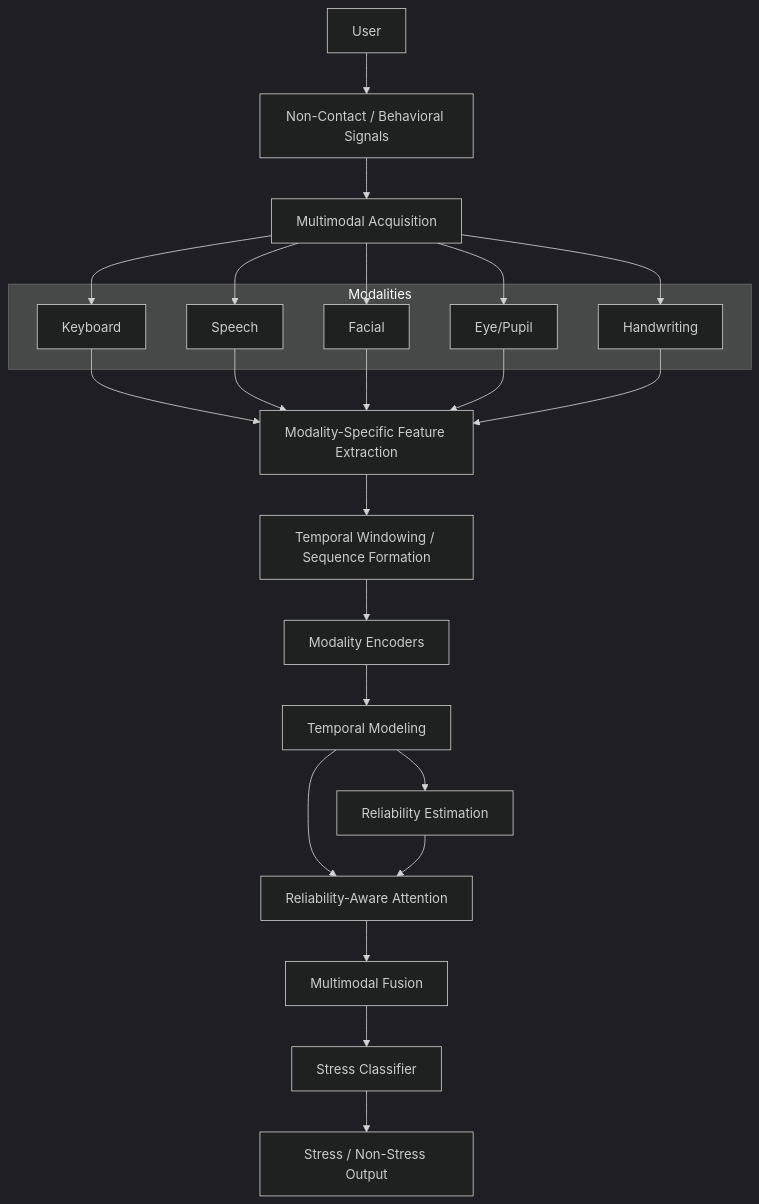
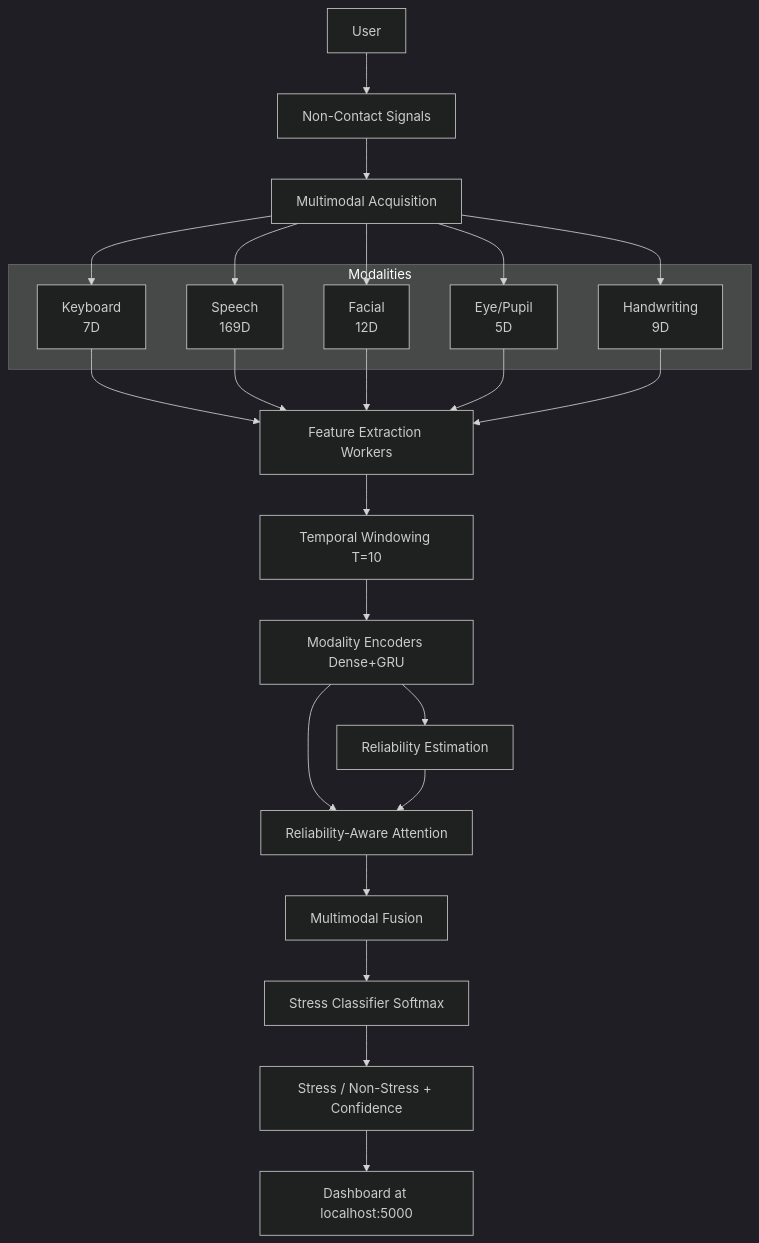
Before and after one commit to Abilash77/Scalable-Non-Contact-Stress: the first of 2 diagrams in README.md, drawn with Mermaid (dark theme). The commit also changed other lines of this file and 9 other files, not shown here.

First line of the commit message:
Add detailed project handoff and architecture documentation

````diff
--- a/README.md
+++ b/README.md
@@ -25,35 +11,26 @@
 ```mermaid
 flowchart TD
-    U[User] --> S[Non-Contact / Behavioral Signals]
+    U[User] --> S[Non-Contact Signals]
     S --> MA[Multimodal Acquisition]
-    
+
     subgraph Modalities
-        K[Keyboard]
-        SP[Speech]
-        F[Facial]
-        E[Eye/Pupil]
-        H[Handwriting]
+        K[Keyboard<br/>7D]
+        SP[Speech<br/>169D]
+        F[Facial<br/>12D]
+        E[Eye/Pupil<br/>5D]
+        H[Handwriting<br/>9D]
     end
-    
-    MA --> K
-    MA --> SP
-    MA --> F
-    MA --> E
-    MA --> H
-    
-    K --> FE[Modality-Specific Feature Extraction]
-    SP --> FE
-    F --> FE
-    E --> FE
-    H --> FE
-    
-    FE --> TW[Temporal Windowing / Sequence Formation]
-    TW --> ME[Modality Encoders]
-    ME --> TM[Temporal Modeling]
-    TM --> RE[Reliability Estimation]
-    TM --> RAA[Reliability-Aware Attention]
+
+    MA --> K & SP & F & E & H
+
+    K & SP & F & E & H --> FE[Feature Extraction Workers]
+    FE --> TW[Temporal Windowing T=10]
+    TW --> ME[Modality Encoders Dense+GRU]
+    ME --> RE[Reliability Estimation]
+    ME --> RAA[Reliability-Aware Attention]
     RE --> RAA
     RAA --> MF[Multimodal Fusion]
-    MF --> SC[Stress Classifier]
-    SC --> SO[Stress / Non-Stress Output]
+    MF --> SC[Stress Classifier Softmax]
+    SC --> OUT[Stress / Non-Stress + Confidence]
+    OUT --> DASH[Dashboard at localhost:5000]
 ```
````
